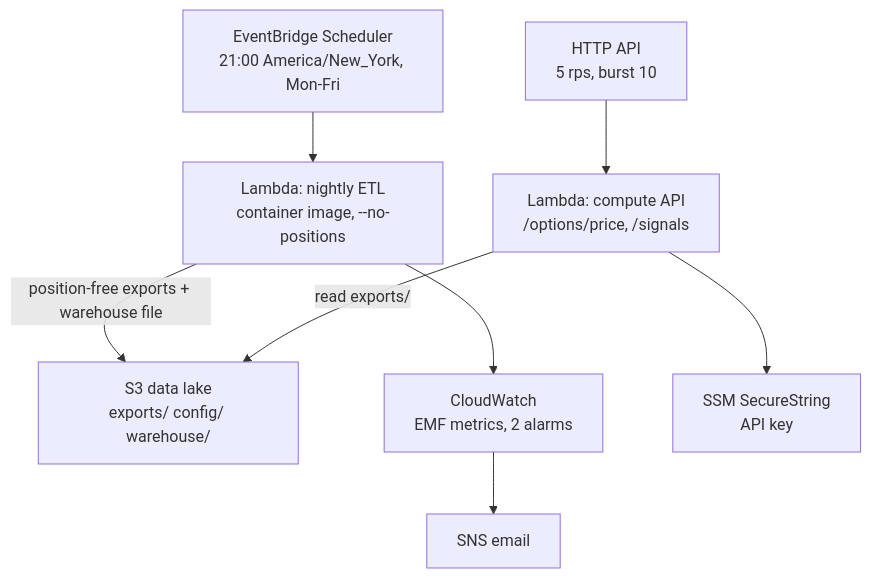
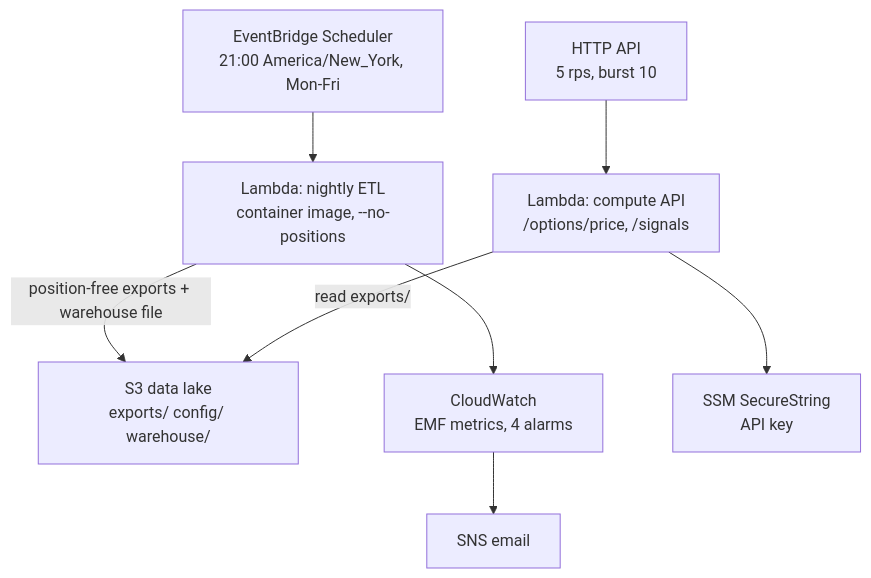
Before and after one commit to C0k11/quantai: the seventh of 8 diagrams in README.md, drawn with Mermaid. The commit also changed other lines of this file, not shown here.

Commit message:
docs: README counts four alarms and explains the did-not-run pair

````diff
--- a/README.md
+++ b/README.md
@@ -311,10 +311,10 @@
 ```mermaid
 flowchart TB
     EB["EventBridge Scheduler<br/>21:00 America/New_York, Mon-Fri"] --> ETL["Lambda: nightly ETL<br/>container image, --no-positions"]
     ETL -->|"position-free exports + warehouse file"| S3["S3 data lake<br/>exports/ config/ warehouse/"]
-    ETL --> CW["CloudWatch<br/>EMF metrics, 2 alarms"]
+    ETL --> CW["CloudWatch<br/>EMF metrics, 4 alarms"]
     CW --> SNS["SNS email"]
     GW["HTTP API<br/>5 rps, burst 10"] --> FN["Lambda: compute API<br/>/options/price, /signals"]
     FN -->|"read exports/"| S3
     FN --> SSM["SSM SecureString<br/>API key"]
 ```
````
